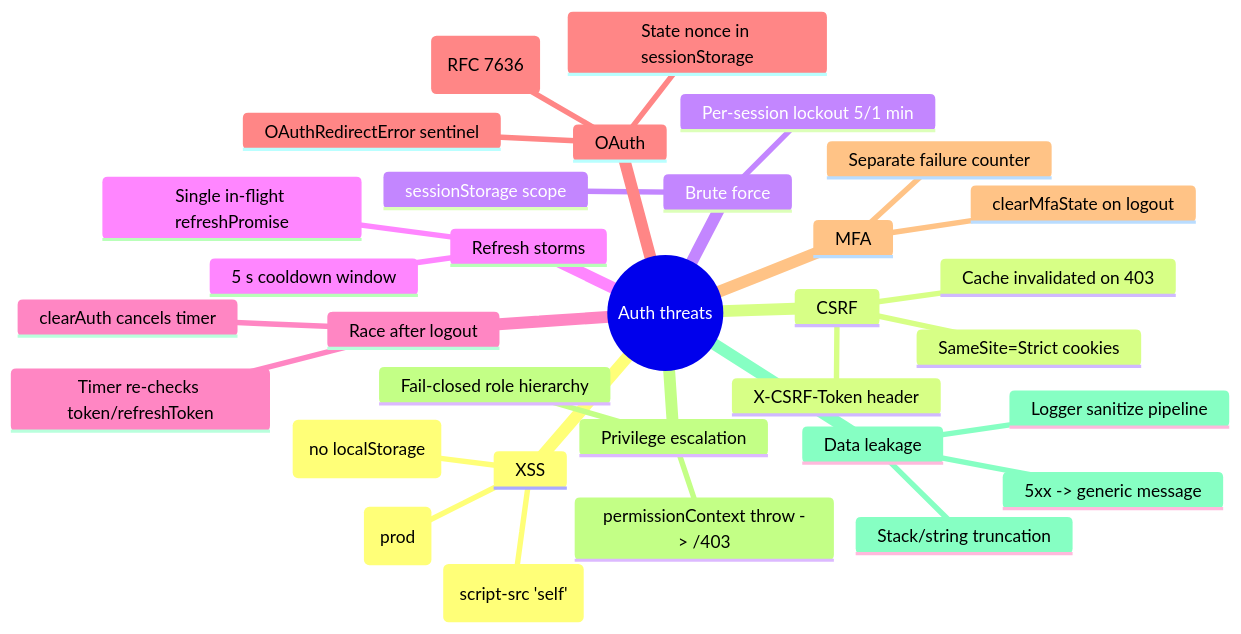
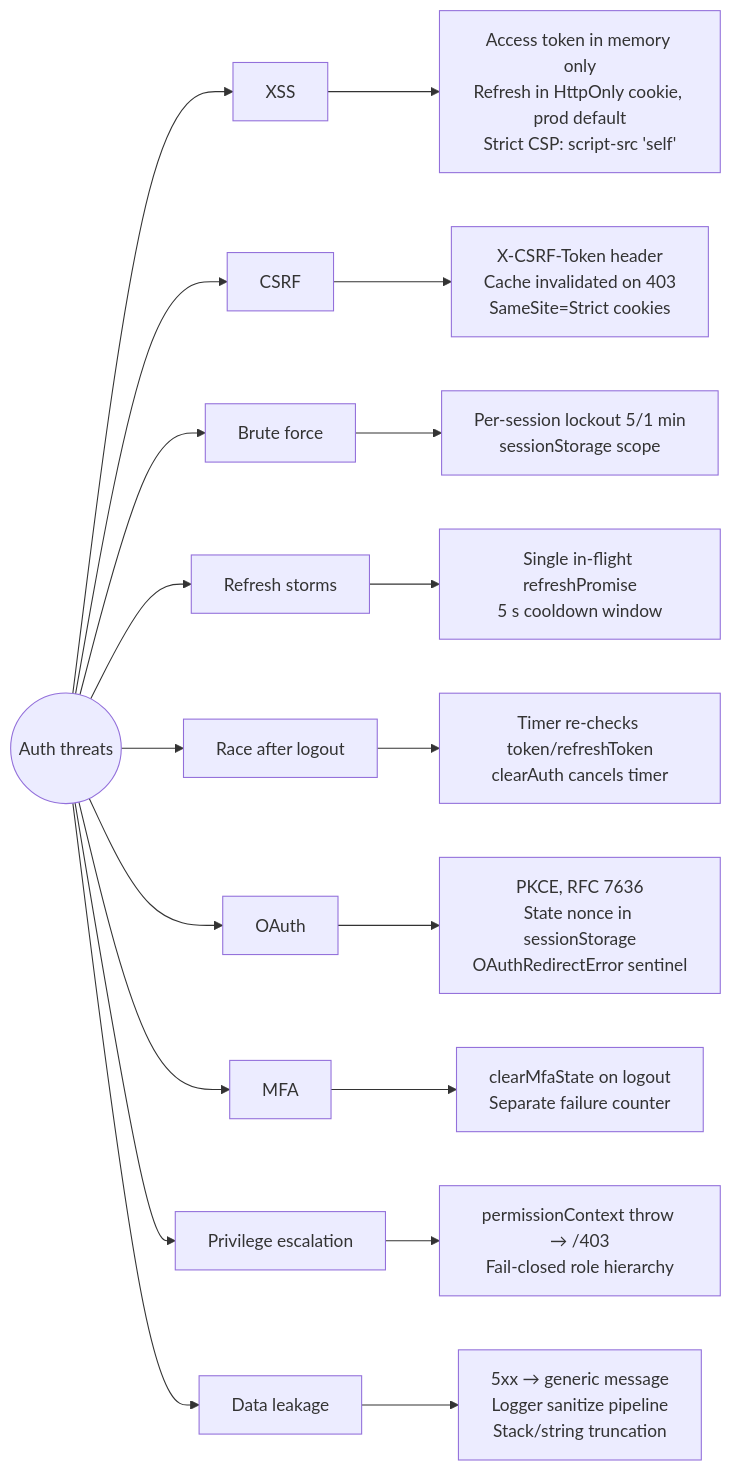
Before and after one commit to boussadjra/vuestrata: diagram 14 of 14 in docs/6.configuration/3.auth-deep-dive.md, drawn with Mermaid. The commit also changed other lines of this file and 9 other files, not shown here.

````diff
--- a/docs/6.configuration/3.auth-deep-dive.md
+++ b/docs/6.configuration/3.auth-deep-dive.md
@@ -1045,35 +1094,13 @@
 ```mermaid
-mindmap
-  root((Auth threats))
-    XSS
-      Tokens in closures (no localStorage)
-      Refresh in HttpOnly cookie (prod)
-      Strict CSP (script-src 'self')
-    CSRF
-      X-CSRF-Token header
-      Cache invalidated on 403
-      SameSite=Strict cookies
-    Brute force
-      Per-session lockout 5/1 min
-      sessionStorage scope
-    Refresh storms
-      Single in-flight refreshPromise
-      5 s cooldown window
-    Race after logout
-      Timer re-checks token/refreshToken
-      clearAuth cancels timer
-    OAuth
-      PKCE (RFC 7636)
-      State nonce in sessionStorage
-      OAuthRedirectError sentinel
-    MFA
-      clearMfaState on logout
-      Separate failure counter
-    Privilege escalation
-      permissionContext throw -> /403
-      Fail-closed role hierarchy
-    Data leakage
-      5xx -> generic message
-      Logger sanitize pipeline
-      Stack/string truncation
+flowchart LR
+  T((Auth threats))
+  T --> XSS[XSS] --> XSS1[Access token in memory only<br/>Refresh in HttpOnly cookie, prod default<br/>Strict CSP: script-src 'self']
+  T --> CSRF[CSRF] --> CSRF1[X-CSRF-Token header<br/>Cache invalidated on 403<br/>SameSite=Strict cookies]
+  T --> BF[Brute force] --> BF1[Per-session lockout 5/1 min<br/>sessionStorage scope]
+  T --> RS[Refresh storms] --> RS1[Single in-flight refreshPromise<br/>5 s cooldown window]
+  T --> RL[Race after logout] --> RL1[Timer re-checks token/refreshToken<br/>clearAuth cancels timer]
+  T --> OA[OAuth] --> OA1[PKCE, RFC 7636<br/>State nonce in sessionStorage<br/>OAuthRedirectError sentinel]
+  T --> MFA[MFA] --> MFA1[clearMfaState on logout<br/>Separate failure counter]
+  T --> PE[Privilege escalation] --> PE1[permissionContext throw → /403<br/>Fail-closed role hierarchy]
+  T --> DL[Data leakage] --> DL1[5xx → generic message<br/>Logger sanitize pipeline<br/>Stack/string truncation]
 ```
````
